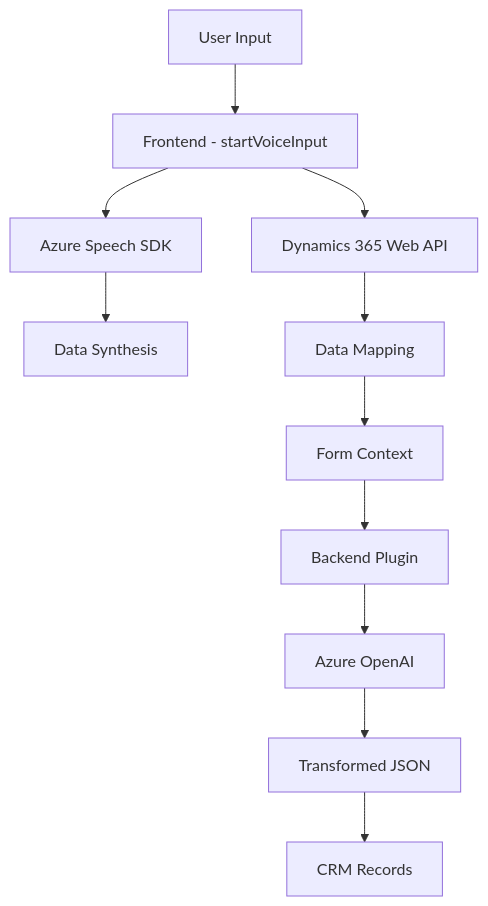
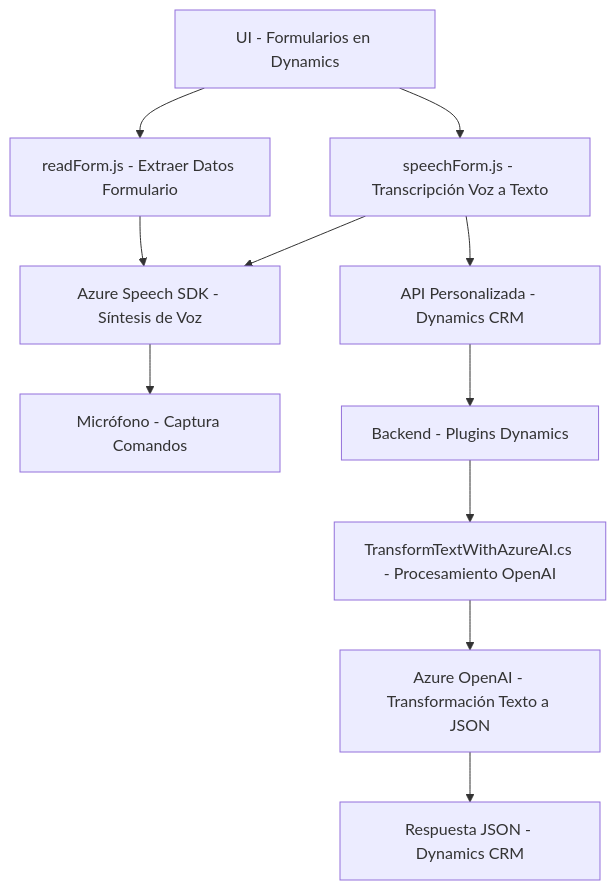
One commit to blopezdm/NETCORE_BILBAO2025 changed the diagram in README.md. Above: the diagram before and after it, drawn with Mermaid. The commit also changed other lines of this file, not shown here.

````diff
--- a/README.md
+++ b/README.md
@@ -31,13 +52,13 @@
 ```mermaid
 graph TD
-    A["User Input"] --> B["Frontend - startVoiceInput"]
-    B --> C["Azure Speech SDK"]
-    B --> D["Dynamics 365 Web API"]
-    C --> E["Data Synthesis"]
-    D --> F["Data Mapping"]
-    F --> G["Form Context"]
-    G --> H["Backend Plugin"]
-    H --> I["Azure OpenAI"]
-    I --> J["Transformed JSON"]
-    J --> K["CRM Records"]
+    A["UI - Formularios en Dynamics"] --> B["readForm.js - Extraer Datos Formulario"]
+    B --> C["Azure Speech SDK - Síntesis de Voz"]
+    A --> D["speechForm.js - Transcripción Voz a Texto"]
+    D --> C
+    D --> E["API Personalizada - Dynamics CRM"]
+    C --> F["Micrófono - Captura Comandos"]
+    E --> G["Backend - Plugins Dynamics"]
+    G --> H["TransformTextWithAzureAI.cs - Procesamiento OpenAI"]
+    H --> I["Azure OpenAI - Transformación Texto a JSON"]
+    I --> J["Respuesta JSON - Dynamics CRM"]
 ```
````
